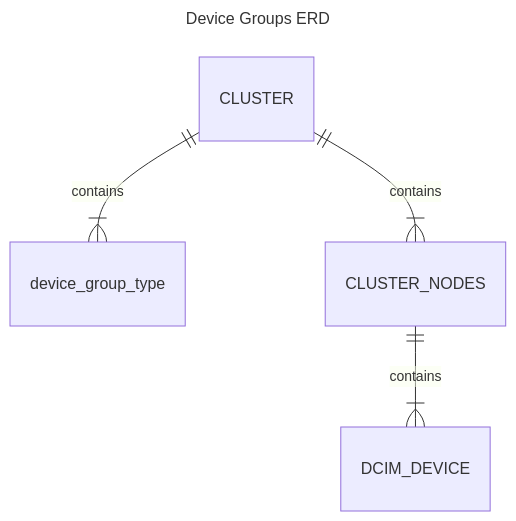
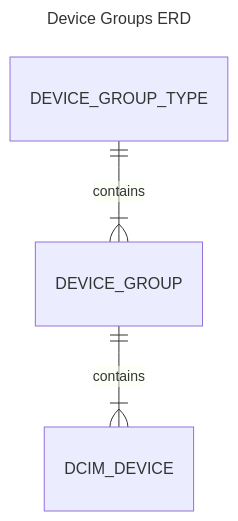
The diagram in docs/dev/design.md (sapcc/netbox-device-groups), drawn with Mermaid before and after one commit. The commit also changed other lines of this file and 22 other files, not shown here.

````diff
--- a/docs/dev/design.md
+++ b/docs/dev/design.md
@@ -36,9 +36,8 @@
 ```mermaid
 ---
 title: Device Groups ERD
 ---
 erDiagram
-    CLUSTER ||--|{ device_group_type : contains
-    CLUSTER ||--|{ CLUSTER_NODES : contains
-    CLUSTER_NODES ||--|{ DCIM_DEVICE : contains
+    DEVICE_GROUP_TYPE ||--|{ DEVICE_GROUP : contains
+    DEVICE_GROUP ||--|{ DCIM_DEVICE : contains
 ```
````
